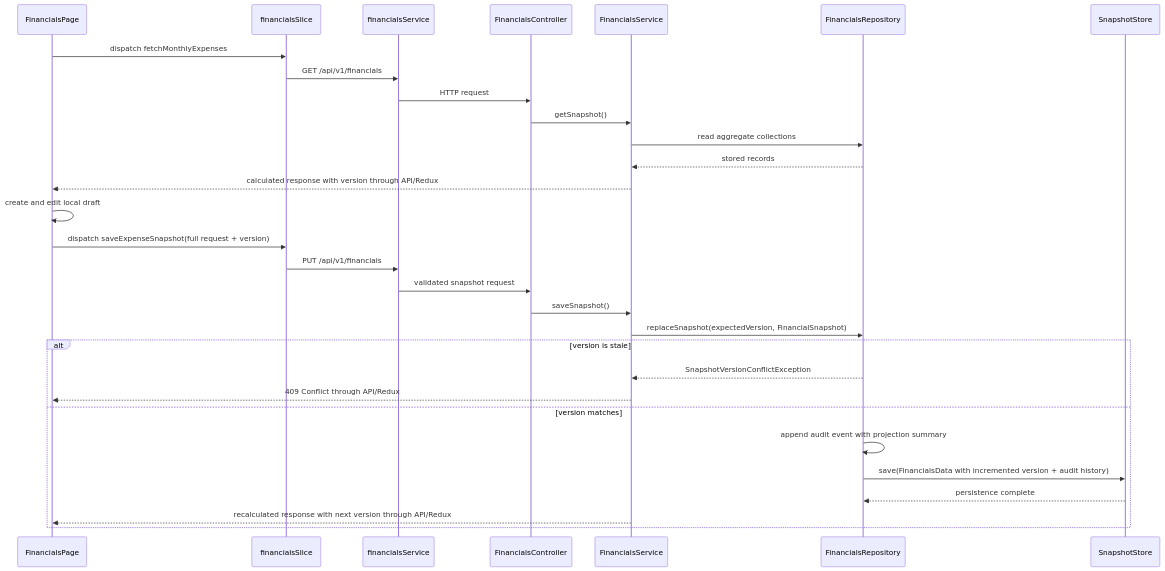
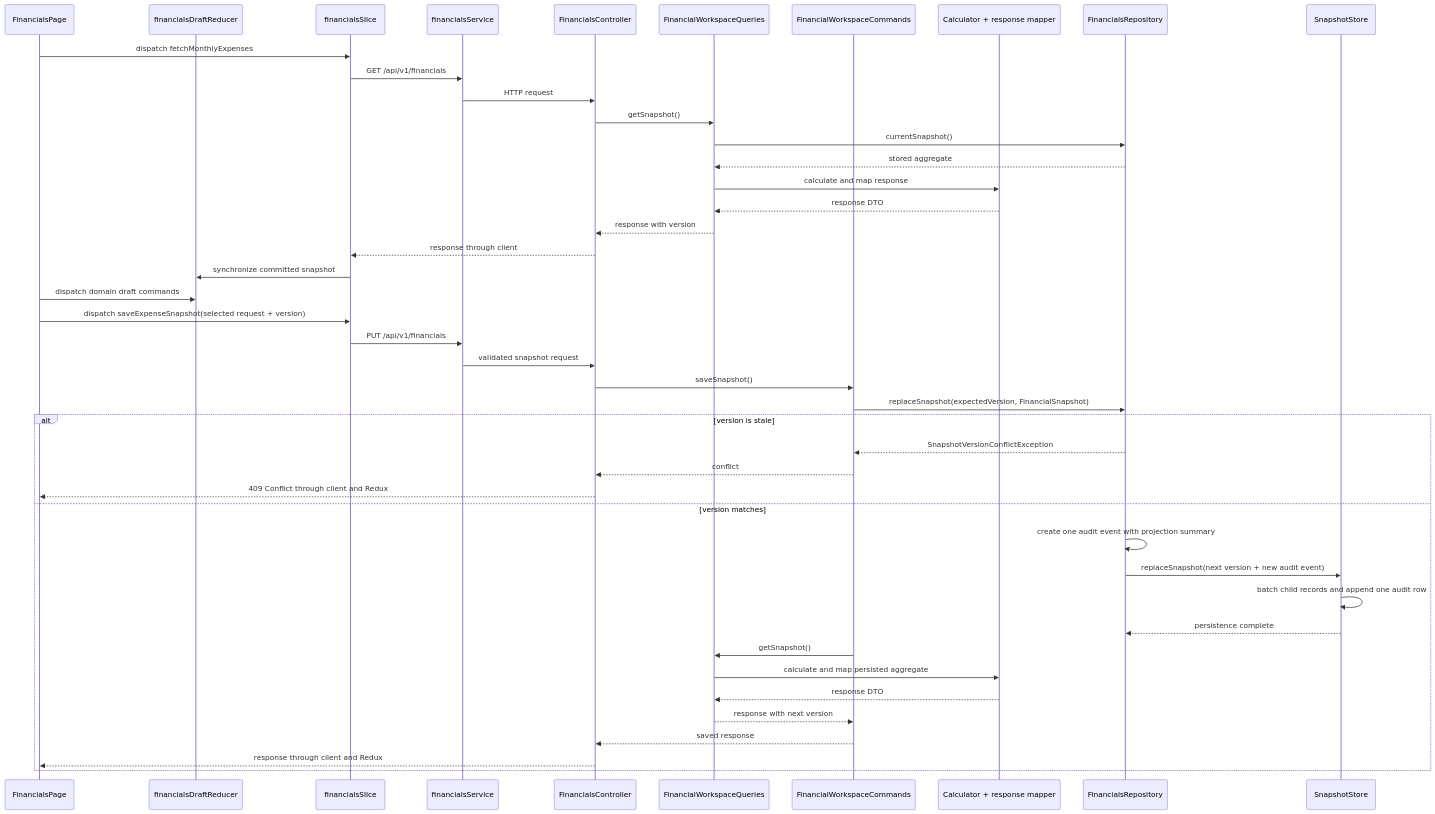
The third of 4 diagrams in docs/architecture-map.md (everdein/pay-period-planner), drawn with Mermaid before and after one commit. The commit also changed other lines of this file and 168 other files, not shown here.

First line of the commit message:
Complete financial workspace scalability roadmap (#35)

````diff
--- a/docs/architecture-map.md
+++ b/docs/architecture-map.md
@@ -181,33 +231,47 @@
 ```mermaid
 sequenceDiagram
     participant Page as FinancialsPage
+    participant Draft as financialsDraftReducer
     participant Redux as financialsSlice
     participant Client as financialsService
     participant API as FinancialsController
-    participant Domain as FinancialsService
+    participant Query as FinancialWorkspaceQueries
+    participant Command as FinancialWorkspaceCommands
+    participant Calculation as Calculator + response mapper
     participant Repo as FinancialsRepository
     participant Store as SnapshotStore
 
     Page->>Redux: dispatch fetchMonthlyExpenses
     Redux->>Client: GET /api/v1/financials
     Client->>API: HTTP request
-    API->>Domain: getSnapshot()
-    Domain->>Repo: read aggregate collections
-    Repo-->>Domain: stored records
-    Domain-->>Page: calculated response with version through API/Redux
-    Page->>Page: create and edit local draft
-    Page->>Redux: dispatch saveExpenseSnapshot(full request + version)
+    API->>Query: getSnapshot()
+    Query->>Repo: currentSnapshot()
+    Repo-->>Query: stored aggregate
+    Query->>Calculation: calculate and map response
+    Calculation-->>Query: response DTO
+    Query-->>API: response with version
+    API-->>Redux: response through client
+    Redux->>Draft: synchronize committed snapshot
+    Page->>Draft: dispatch domain draft commands
+    Page->>Redux: dispatch saveExpenseSnapshot(selected request + version)
     Redux->>Client: PUT /api/v1/financials
     Client->>API: validated snapshot request
-    API->>Domain: saveSnapshot()
-    Domain->>Repo: replaceSnapshot(expectedVersion, FinancialSnapshot)
+    API->>Command: saveSnapshot()
+    Command->>Repo: replaceSnapshot(expectedVersion, FinancialSnapshot)
     alt version is stale
-        Repo-->>Domain: SnapshotVersionConflictException
-        Domain-->>Page: 409 Conflict through API/Redux
+        Repo-->>Command: SnapshotVersionConflictException
+        Command-->>API: conflict
+        API-->>Page: 409 Conflict through client and Redux
     else version matches
-        Repo->>Repo: append audit event with projection summary
-        Repo->>Store: save(FinancialsData with incremented version + audit history)
+        Repo->>Repo: create one audit event with projection summary
+        Repo->>Store: replaceSnapshot(next version + new audit event)
+        Store->>Store: batch child records and append one audit row
         Store-->>Repo: persistence complete
-        Domain-->>Page: recalculated response with next version through API/Redux
+        Command->>Query: getSnapshot()
+        Query->>Calculation: calculate and map persisted aggregate
+        Calculation-->>Query: response DTO
+        Query-->>Command: response with next version
+        Command-->>API: saved response
+        API-->>Page: response through client and Redux
     end
 ```
````
